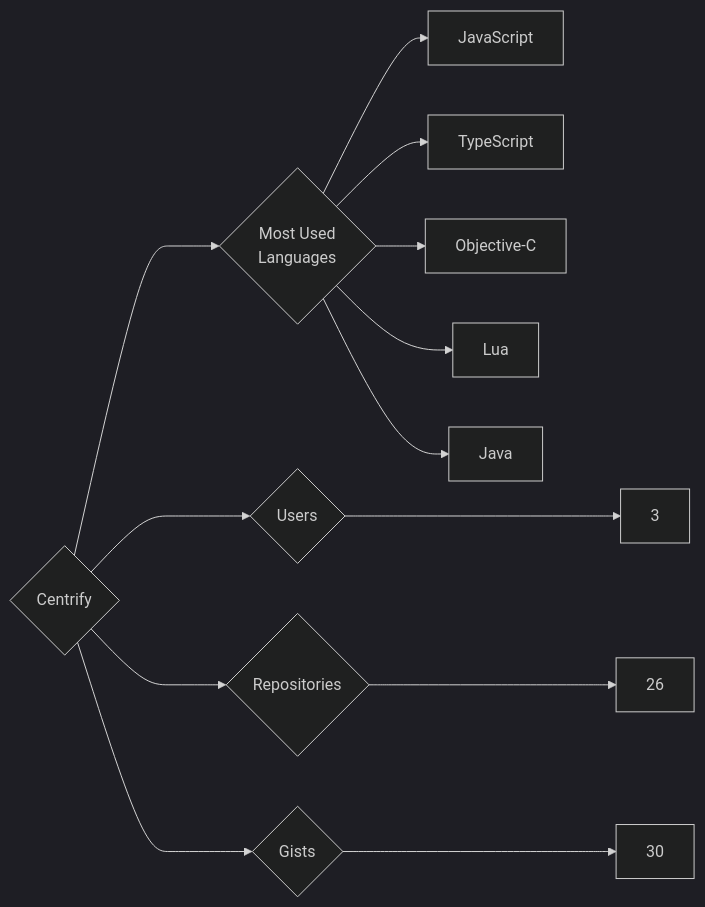
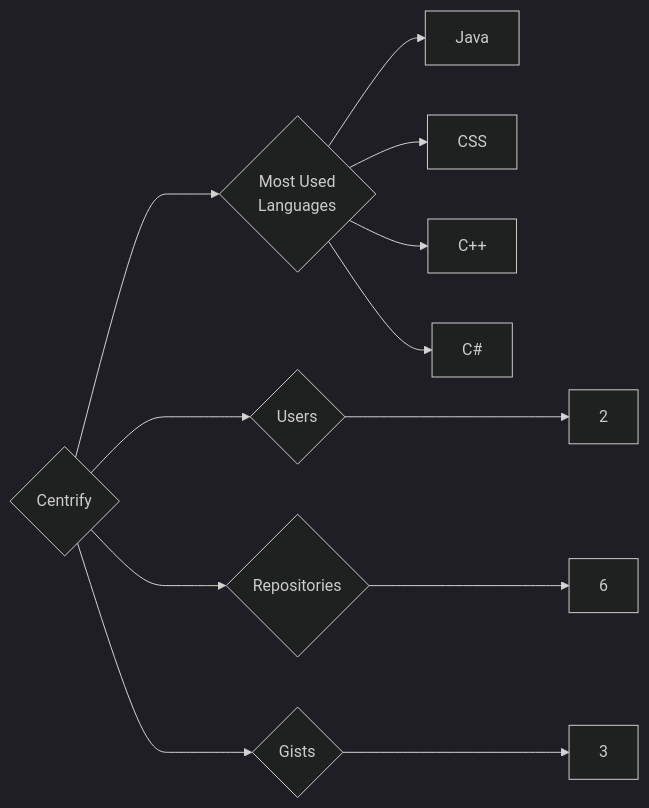
The diagram in targets/Centrify/README.md (trickest/insiders), drawn with Mermaid (dark theme) before and after one commit. The commit also changed 688 other files, not shown here.

````diff
--- a/targets/Centrify/README.md
+++ b/targets/Centrify/README.md
@@ -3,13 +3,12 @@
 ```mermaid
 graph LR
 COMPANY_NAME{Centrify}
-COMPANY_NAME ---> U{Users} ---> UN[3]
-COMPANY_NAME ---> R{Repositories} ---> RN[26]
-COMPANY_NAME ---> G{Gists} ---> GN[30]
+COMPANY_NAME ---> U{Users} ---> UN[2]
+COMPANY_NAME ---> R{Repositories} ---> RN[6]
+COMPANY_NAME ---> G{Gists} ---> GN[3]
 COMPANY_NAME ---> ML{Most Used<br>Languages}
-ML --> JavaScript[JavaScript]
-ML --> TypeScript[TypeScript]
-ML --> Objective-C[Objective-C]
-ML --> Lua[Lua]
 ML --> Java[Java]
+ML --> CSS[CSS]
+ML --> C++[C++]
+ML --> C#[C#]
 ```
````
